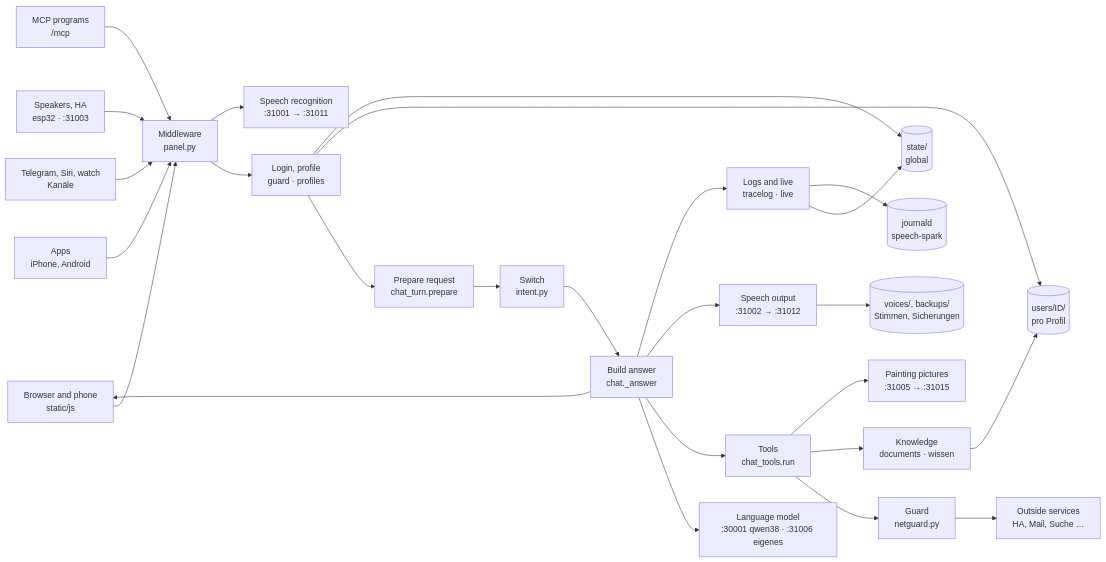
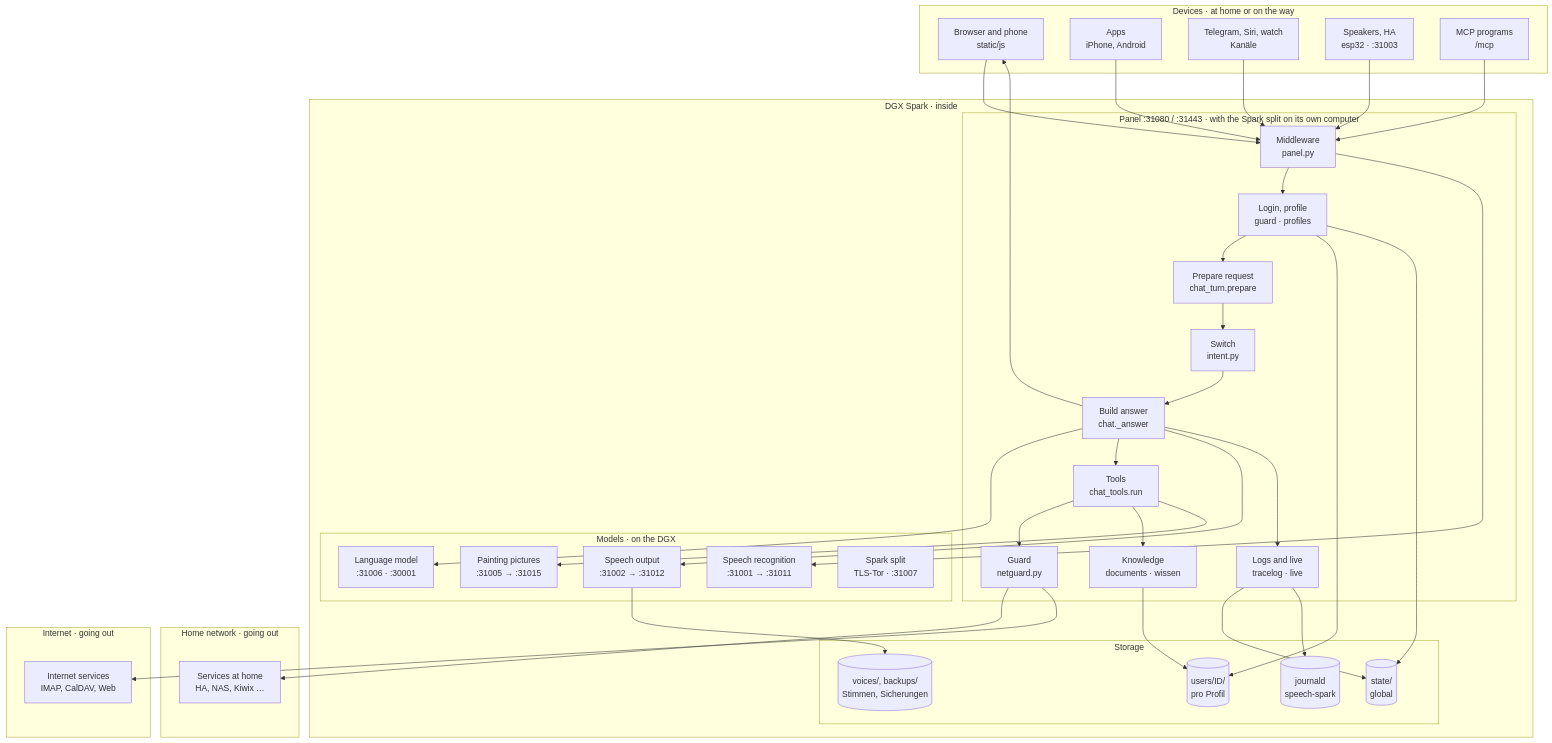
Before and after one commit to db9979/speech-on-dgx-spark: the first of 26 diagrams in docs/en/architecture.md, drawn with Mermaid. The commit also changed other lines of this file and 11 other files, not shown here.

````diff
--- a/docs/en/architecture.md
+++ b/docs/en/architecture.md
@@ -14,51 +16,68 @@
 ```mermaid
-flowchart LR
-  geraet["Browser and phone<br/>static/js"]
-  apps["Apps<br/>iPhone, Android"]
-  kanaele["Telegram, Siri, watch<br/>Kanäle"]
-  lautsprecher["Speakers, HA<br/>esp32 · :31003"]
-  mcpc["MCP programs<br/>/mcp"]
-  middleware["Middleware<br/>panel.py"]
-  zugang["Login, profile<br/>guard · profiles"]
-  vorbereiten["Prepare request<br/>chat_turn.prepare"]
-  weiche["Switch<br/>intent.py"]
-  antwort["Build answer<br/>chat._answer"]
-  werkzeuge["Tools<br/>chat_tools.run"]
-  wissen["Knowledge<br/>documents · wissen"]
-  waechter["Guard<br/>netguard.py"]
-  betrieb["Logs and live<br/>tracelog · live"]
-  llm["Language model<br/>:30001 qwen38 · :31006 eigenes"]
-  asr["Speech recognition<br/>:31001 → :31011"]
-  tts["Speech output<br/>:31002 → :31012"]
-  bild["Painting pictures<br/>:31005 → :31015"]
-  aussen["Outside services<br/>HA, Mail, Suche …"]
-  state[("state/<br/>global")]
-  users[("users/ID/<br/>pro Profil")]
-  ablage[("voices/, backups/<br/>Stimmen, Sicherungen")]
-  journal[("journald<br/>speech-spark")]
+flowchart TB
+  subgraph z_geraete["Devices · at home or on the way"]
+    geraet["Browser and phone<br/>static/js"]
+    apps["Apps<br/>iPhone, Android"]
+    kanaele["Telegram, Siri, watch<br/>Kanäle"]
+    lautsprecher["Speakers, HA<br/>esp32 · :31003"]
+    mcpc["MCP programs<br/>/mcp"]
+  end
+  subgraph z_spark["DGX Spark · inside"]
+    subgraph z_panel["Panel :31080 / :31443 · with the Spark split on its own computer"]
+      middleware["Middleware<br/>panel.py"]
+      zugang["Login, profile<br/>guard · profiles"]
+      vorbereiten["Prepare request<br/>chat_turn.prepare"]
+      weiche["Switch<br/>intent.py"]
+      antwort["Build answer<br/>chat._answer"]
+      werkzeuge["Tools<br/>chat_tools.run"]
+      wissen["Knowledge<br/>documents · wissen"]
+      waechter["Guard<br/>netguard.py"]
+      betrieb["Logs and live<br/>tracelog · live"]
+    end
+    subgraph z_modelle["Models · on the DGX"]
+      llm["Language model<br/>:31006 · :30001"]
+      asr["Speech recognition<br/>:31001 → :31011"]
+      tts["Speech output<br/>:31002 → :31012"]
+      bild["Painting pictures<br/>:31005 → :31015"]
+      teilen["Spark split<br/>TLS-Tor · :31007"]
+    end
+    subgraph z_speicher["Storage"]
+      state[("state/<br/>global")]
+      users[("users/ID/<br/>pro Profil")]
+      ablage[("voices/, backups/<br/>Stimmen, Sicherungen")]
+      journal[("journald<br/>speech-spark")]
+    end
+  end
+  subgraph z_heimnetz["Home network · going out"]
+    aussen["Services at home<br/>HA, NAS, Kiwix …"]
+  end
+  subgraph z_internet["Internet · going out"]
+    internet["Internet services<br/>IMAP, CalDAV, Web"]
+  end
   geraet --> middleware
   apps --> middleware
   kanaele --> middleware
   lautsprecher --> middleware
   mcpc --> middleware
   middleware --> zugang
   middleware --> asr
   zugang --> vorbereiten
   vorbereiten --> weiche
   weiche --> antwort
   antwort --> llm
   antwort --> werkzeuge
   werkzeuge --> waechter
   waechter --> aussen
+  waechter --> internet
   werkzeuge --> wissen
   antwort --> tts
   werkzeuge --> bild
   antwort --> geraet
   antwort --> betrieb
   betrieb --> state
   betrieb --> journal
   wissen --> users
   zugang --> users
   zugang --> state
   tts --> ablage
 ```
````
